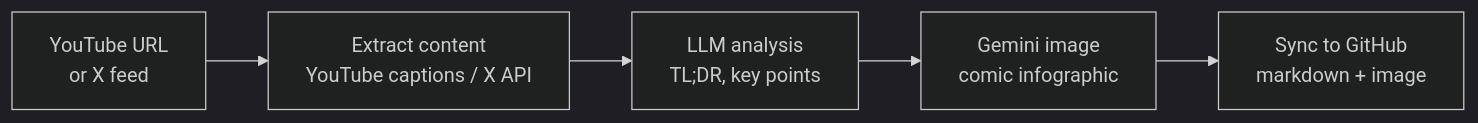
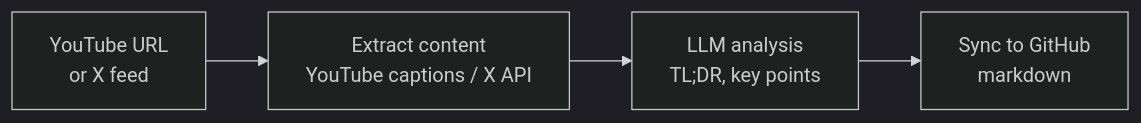
The diagram in README.md (berkayildi/mcp-content-pipeline), drawn with Mermaid (dark theme) before and after one commit. The commit also changed other lines of this file and 24 other files, not shown here.

First line of the commit message:
refactor!: scope to YouTube, X and GitHub; drop image gen, Google and eval

````diff
--- a/README.md
+++ b/README.md
@@ -10,7 +10,6 @@
 ```mermaid
 flowchart LR
     A[YouTube URL<br/>or X feed] --> B[Extract content<br/>YouTube captions / X API]
     B --> C[LLM analysis<br/>TL;DR, key points]
-    C --> D[Gemini image<br/>comic infographic]
-    D --> E[Sync to GitHub<br/>markdown + image]
+    C --> D[Sync to GitHub<br/>markdown]
 ```
````
